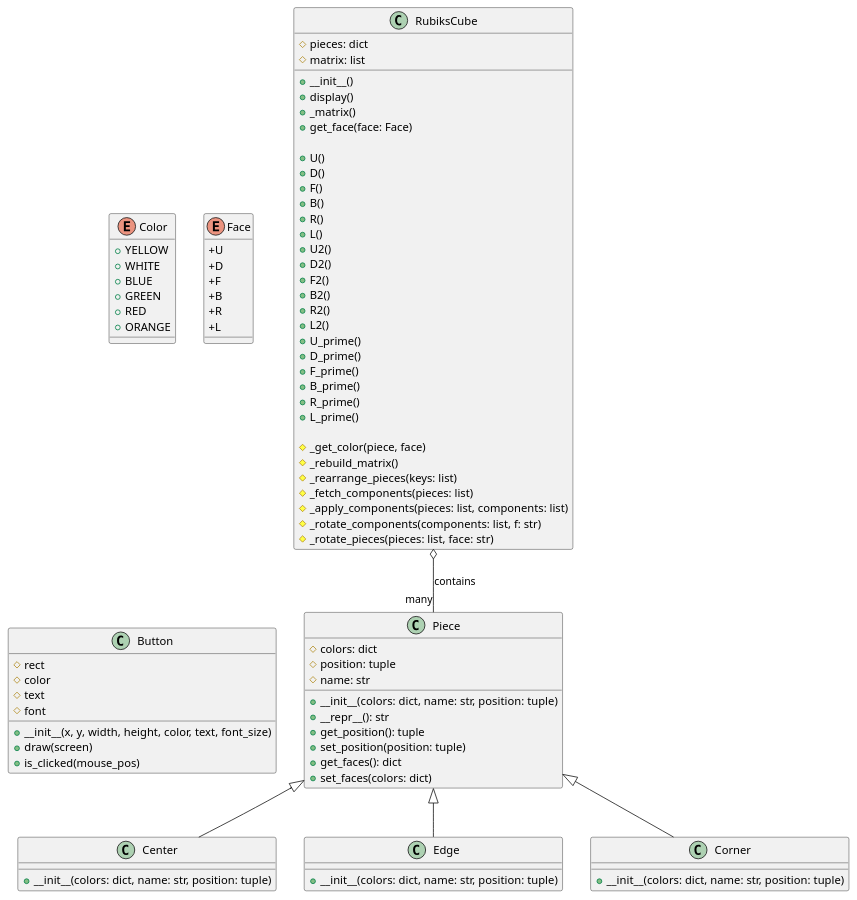
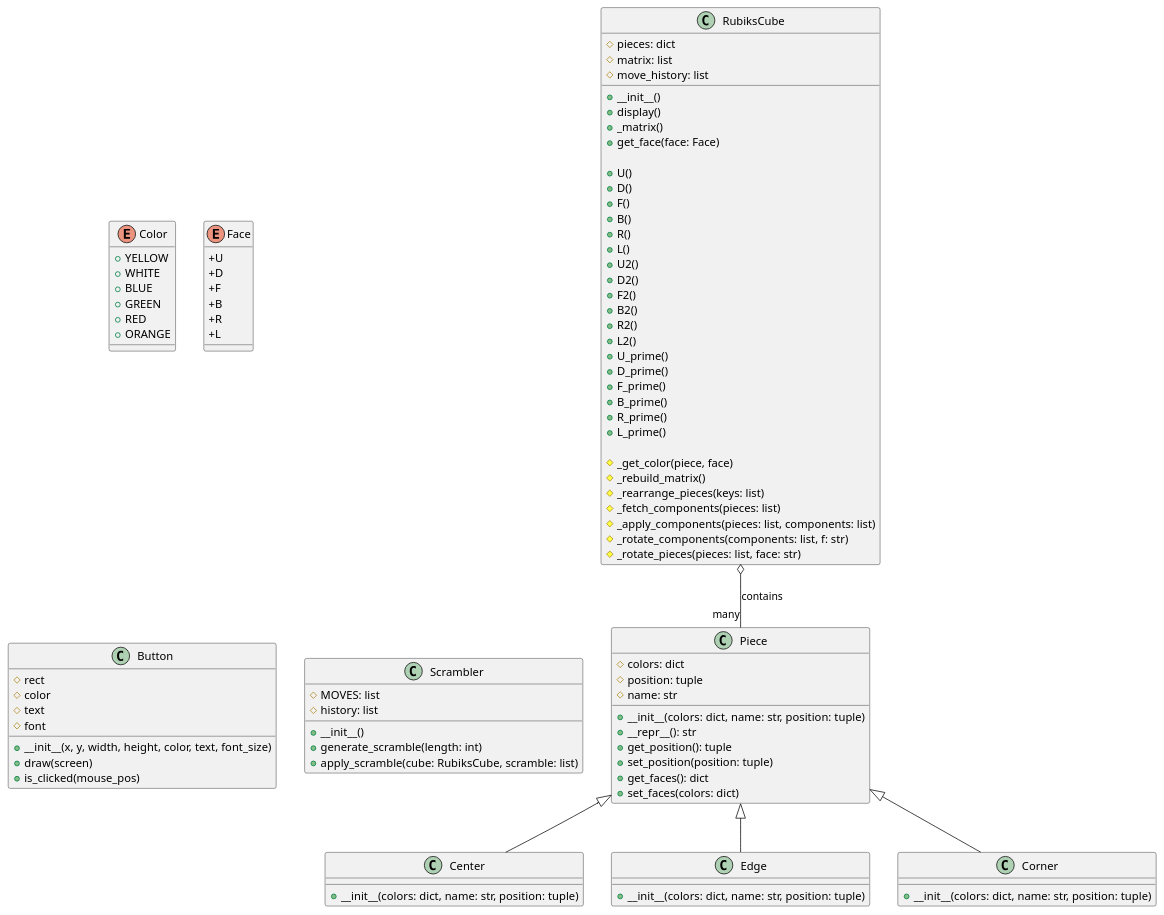
The diagram in uml/rubix_cube.puml (FuriousFire05/rubix-cube-solver), drawn with PlantUML before and after one commit. The commit also changed 4 other files, not shown here.

```diff
--- a/uml/rubix_cube.puml
+++ b/uml/rubix_cube.puml
@@ -3,108 +3,119 @@
 @startuml rubix_cube
 
 ' Define Color Enum
 enum Color {
   +YELLOW
   +WHITE
   +BLUE
   +GREEN
   +RED
   +ORANGE
 }
 
 ' Define Face Enum
 enum Face {
   +U
   +D
   +F
   +B
   +R
   +L
 }
 
 ' Define Piece Class
 class Piece {
   #colors: dict
   #position: tuple
   #name: str
 
   +__init__(colors: dict, name: str, position: tuple)
   +__repr__(): str
   +get_position(): tuple
   +set_position(position: tuple)
   +get_faces(): dict
   +set_faces(colors: dict) 
 }
 
 ' Define Center Class (inherits from Piece)
 class Center {
   +__init__(colors: dict, name: str, position: tuple)
 }
 
 ' Define Edge Class (inherits from Piece)
 class Edge {
   +__init__(colors: dict, name: str, position: tuple)
 }
 
 ' Define Corner Class (inherits from Piece)
 class Corner {
   +__init__(colors: dict, name: str, position: tuple)
 }
 
 ' Define Cube Class
 class RubiksCube {
   #pieces: dict
   #matrix: list
+  #move_history: list
 
   +__init__()
   +display()
   +_matrix()
   +get_face(face: Face)
   
   +U()
   +D()
   +F()
   +B()
   +R()
   +L()
   +U2()
   +D2()
   +F2()
   +B2()
   +R2()
   +L2()
   +U_prime()
   +D_prime()
   +F_prime()
   +B_prime()
   +R_prime()
   +L_prime()
 
   #_get_color(piece, face)
   #_rebuild_matrix()
   #_rearrange_pieces(keys: list)
   #_fetch_components(pieces: list)
   #_apply_components(pieces: list, components: list)
   #_rotate_components(components: list, f: str)
   #_rotate_pieces(pieces: list, face: str)
 }
 
 ' Define Button Class
 class Button {
   #rect
   #color
   #text
   #font
 
   +__init__(x, y, width, height, color, text, font_size)
   +draw(screen)
   +is_clicked(mouse_pos)
-} 
+}
+
+' Define Scrambler Class
+class Scrambler {
+  #MOVES: list
+  #history: list
+
+  +__init__()
+  +generate_scramble(length: int)
+  +apply_scramble(cube: RubiksCube, scramble: list)
+}
 
 ' Define relationships between classes
 Piece <|-- Center
 Piece <|-- Edge
 Piece <|-- Corner
 RubiksCube o-- "many" Piece : contains
 
 @enduml
```
